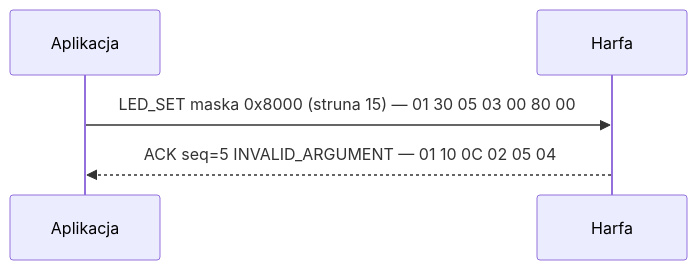
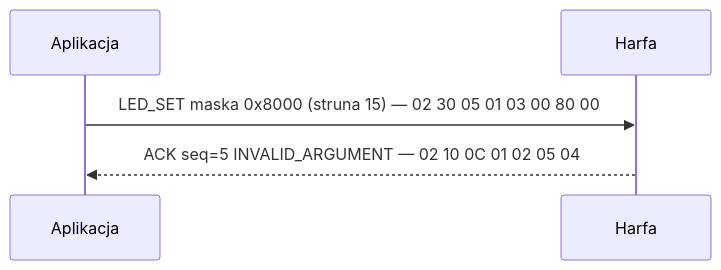
Before and after one commit to emnealyn/HARFA: the sixth of 9 diagrams in docs/protocol/ble-protocol.md, drawn with Mermaid. The commit also changed other lines of this file and 3 other files, not shown here.

````diff
--- a/docs/protocol/ble-protocol.md
+++ b/docs/protocol/ble-protocol.md
@@ -467,7 +507,7 @@
 ```mermaid
 sequenceDiagram
     participant A as Aplikacja
     participant H as Harfa
-    A->>H: LED_SET maska 0x8000 (struna 15) — 01 30 05 03 00 80 00
-    H-->>A: ACK seq=5 INVALID_ARGUMENT — 01 10 0C 02 05 04
+    A->>H: LED_SET maska 0x8000 (struna 15) — 02 30 05 01 03 00 80 00
+    H-->>A: ACK seq=5 INVALID_ARGUMENT — 02 10 0C 01 02 05 04
 ```
````
